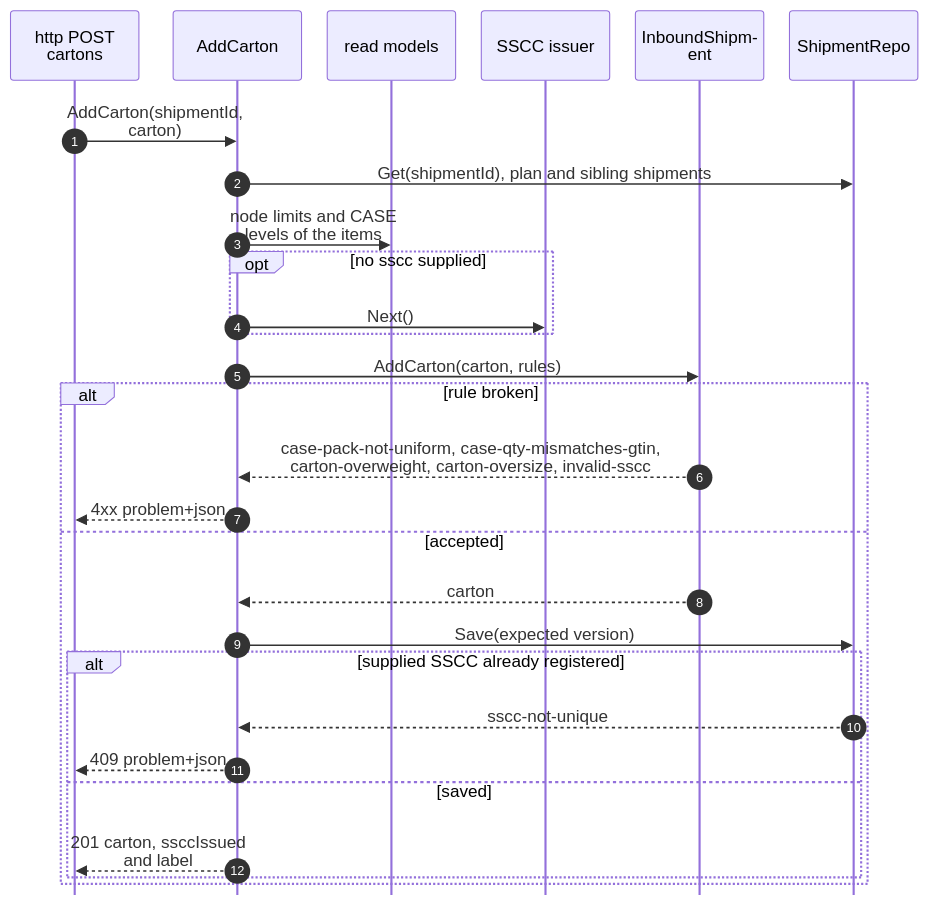
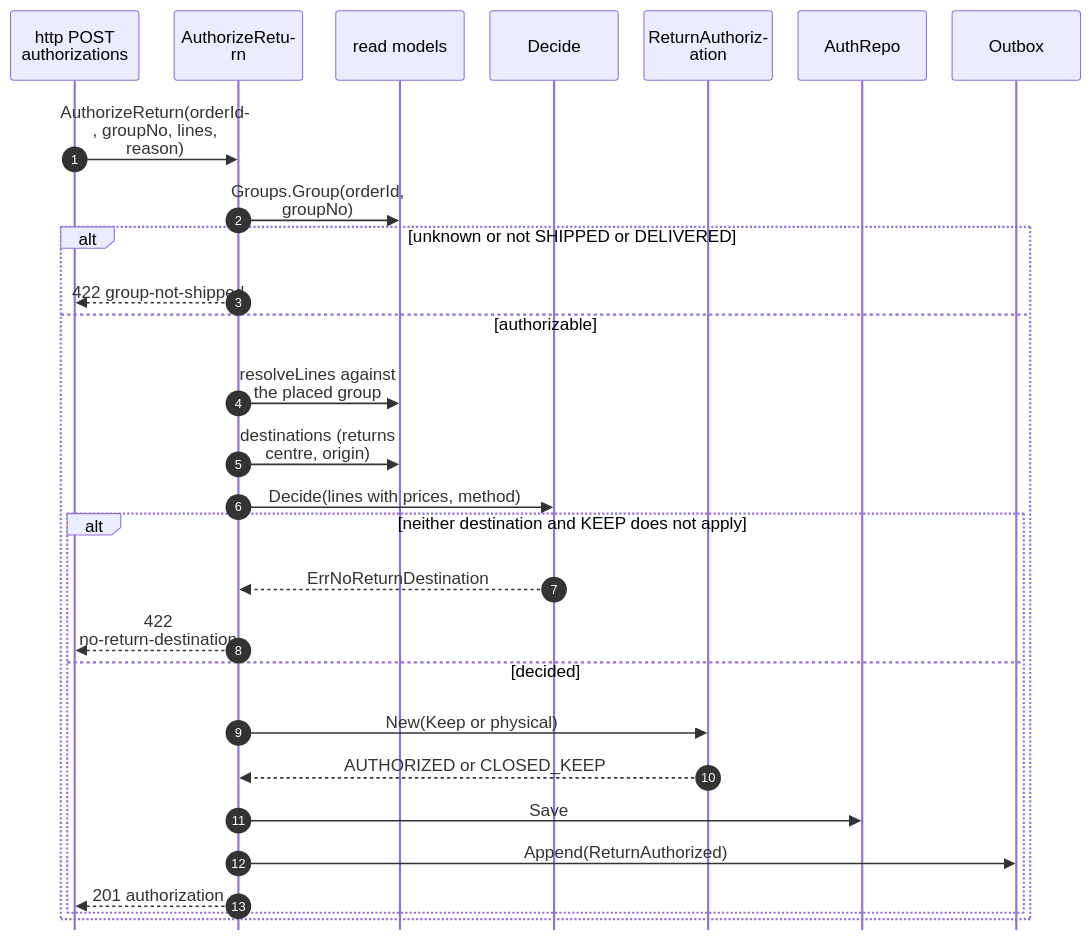
One commit to IQVO/customer-returns changed the first of 4 diagrams in docs/docs/ddd/sequence-diagrams.md. Above: the diagram before and after it, drawn with Mermaid. The commit also changed other lines of this file and 13 other files, not shown here.

````diff
--- a/docs/docs/ddd/sequence-diagrams.md
+++ b/docs/docs/ddd/sequence-diagrams.md
@@ -24,31 +26,31 @@
 ```mermaid
 %%{init: {"sequence": {"wrap": true, "width": 120, "actorMargin": 24, "messageMargin": 28, "boxMargin": 6, "noteMargin": 6, "mirrorActors": false}}}%%
 sequenceDiagram
     autonumber
-    participant H as http POST cartons
-    participant UC as AddCarton
+    participant H as http POST authorizations
+    participant UC as AuthorizeReturn
     participant V as read models
-    participant I as SSCC issuer
-    participant A as InboundShipment
-    participant R as ShipmentRepo
-    H->>UC: AddCarton(shipmentId, carton)
-    UC->>R: Get(shipmentId), plan and sibling shipments
-    UC->>V: node limits and CASE levels of the items
-    opt no sscc supplied
-        UC->>I: Next()
-    end
-    UC->>A: AddCarton(carton, rules)
-    alt rule broken
-        A-->>UC: case-pack-not-uniform, case-qty-mismatches-gtin,<br/>carton-overweight, carton-oversize, invalid-sscc
-        UC-->>H: 4xx problem+json
-    else accepted
-        A-->>UC: carton
-        UC->>R: Save(expected version)
-        alt supplied SSCC already registered
-            R-->>UC: sscc-not-unique
-            UC-->>H: 409 problem+json
-        else saved
-            UC-->>H: 201 carton, ssccIssued and label
+    participant D as Decide
+    participant A as ReturnAuthorization
+    participant R as AuthRepo
+    participant OB as Outbox
+    H->>UC: AuthorizeReturn(orderId, groupNo, lines, reason)
+    UC->>V: Groups.Group(orderId, groupNo)
+    alt unknown or not SHIPPED or DELIVERED
+        UC-->>H: 422 group-not-shipped
+    else authorizable
+        UC->>V: resolveLines against the placed group
+        UC->>V: destinations (returns centre, origin)
+        UC->>D: Decide(lines with prices, method)
+        alt neither destination and KEEP does not apply
+            D-->>UC: ErrNoReturnDestination
+            UC-->>H: 422 no-return-destination
+        else decided
+            UC->>A: New(Keep or physical)
+            A-->>UC: AUTHORIZED or CLOSED_KEEP
+            UC->>R: Save
+            UC->>OB: Append(ReturnAuthorized)
+            UC-->>H: 201 authorization
         end
     end
 ```
````
